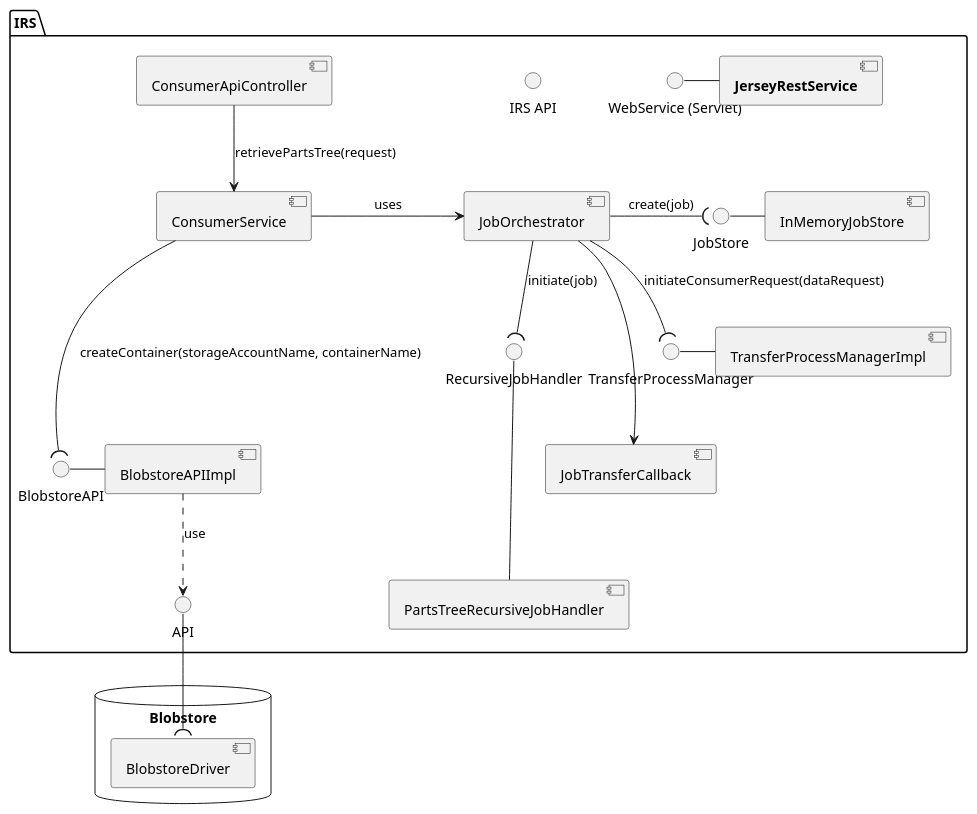
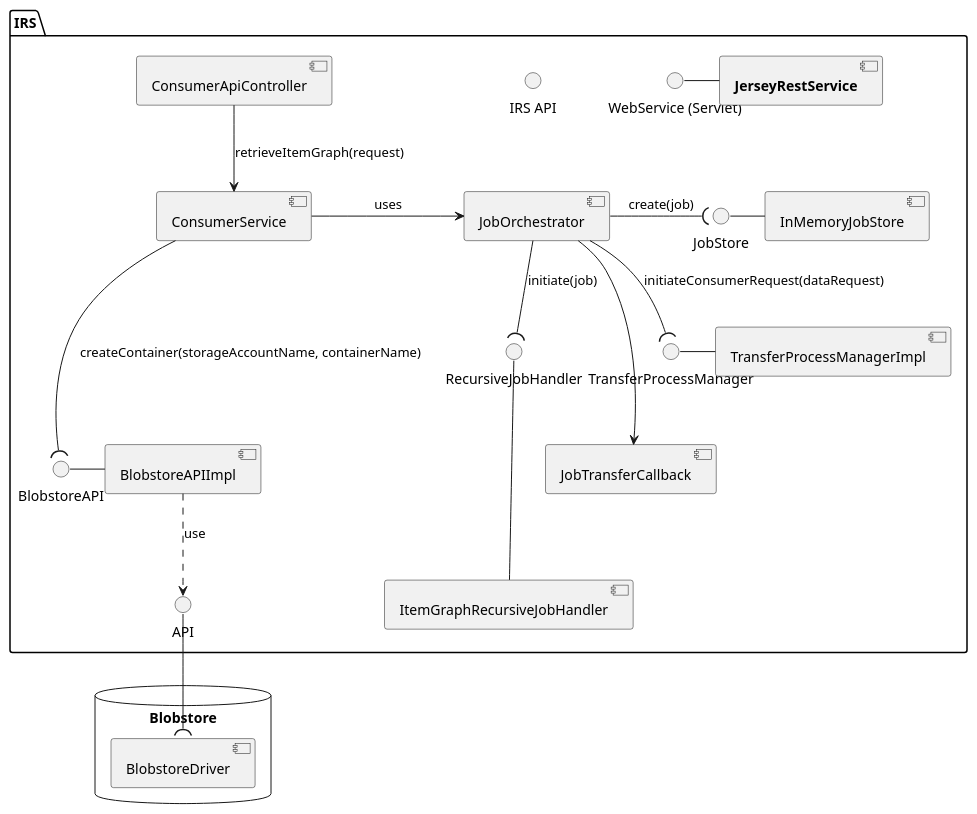
One commit to eclipse-tractusx/item-relationship-service changed the diagram in uml-diagramms/job-orchistration-component.puml. Above: the diagram before and after it, drawn with PlantUML. The commit also changed 3 other files, not shown here.

```diff
--- a/uml-diagramms/job-orchistration-component.puml
+++ b/uml-diagramms/job-orchistration-component.puml
@@ -1,44 +1,44 @@
 @startuml
 'https://plantuml.com/component-diagram
 
 skinparam monochrome true
 skinparam shadowing false
 
 package "IRS" {
 
   interface "WebService (Servlet)"  as WebService
   component [**JerseyRestService**] as JerseyRestService
   WebService - JerseyRestService
   interface "IRS API"  as IrsAPI
   [ConsumerApiController]
   [ConsumerService]
-  ConsumerApiController --> ConsumerService : retrievePartsTree(request)
+  ConsumerApiController --> ConsumerService : retrieveItemGraph(request)
   BlobstoreAPI - [BlobstoreAPIImpl]
 
   ConsumerService ---( BlobstoreAPI : createContainer(storageAccountName, containerName)
   [JobOrchestrator]
   ConsumerService -> JobOrchestrator : uses
   BlobstoreAPIImpl ..> API : use
   JobStore -  [InMemoryJobStore]
   JobOrchestrator -( JobStore : create(job)
 
-  RecursiveJobHandler --- [PartsTreeRecursiveJobHandler]
+  RecursiveJobHandler --- [ItemGraphRecursiveJobHandler]
   JobOrchestrator --( RecursiveJobHandler: initiate(job)
 
   TransferProcessManager - [TransferProcessManagerImpl]
   JobOrchestrator --( TransferProcessManager: initiateConsumerRequest(dataRequest)
 
   JobOrchestrator ---> [JobTransferCallback]
 }
 
 
 package "Blobstore" {
   API --( [BlobstoreDriver]
 
 }
 
 database Blobstore {
 }
 
 
 @enduml
```
